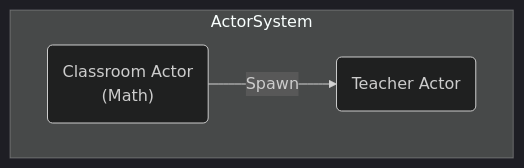
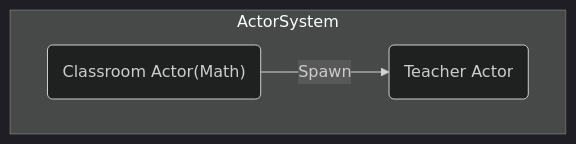
The third of 9 diagrams in readme.md (ytake/phpcon-okinawa-example), drawn with Mermaid (dark theme) before and after one commit. The commit also changed other lines of this file, not shown here.

````diff
--- a/readme.md
+++ b/readme.md
@@ -59,6 +60,6 @@
 ```mermaid
 flowchart TD
     subgraph ActorSystem
-        ClassroomActor("Classroom Actor\n(Math)") -->|Spawn| Teacher("Teacher Actor")
+        ClassroomActor("Classroom Actor(Math)") -->|Spawn| Teacher("Teacher Actor")
     end
 ```
````
